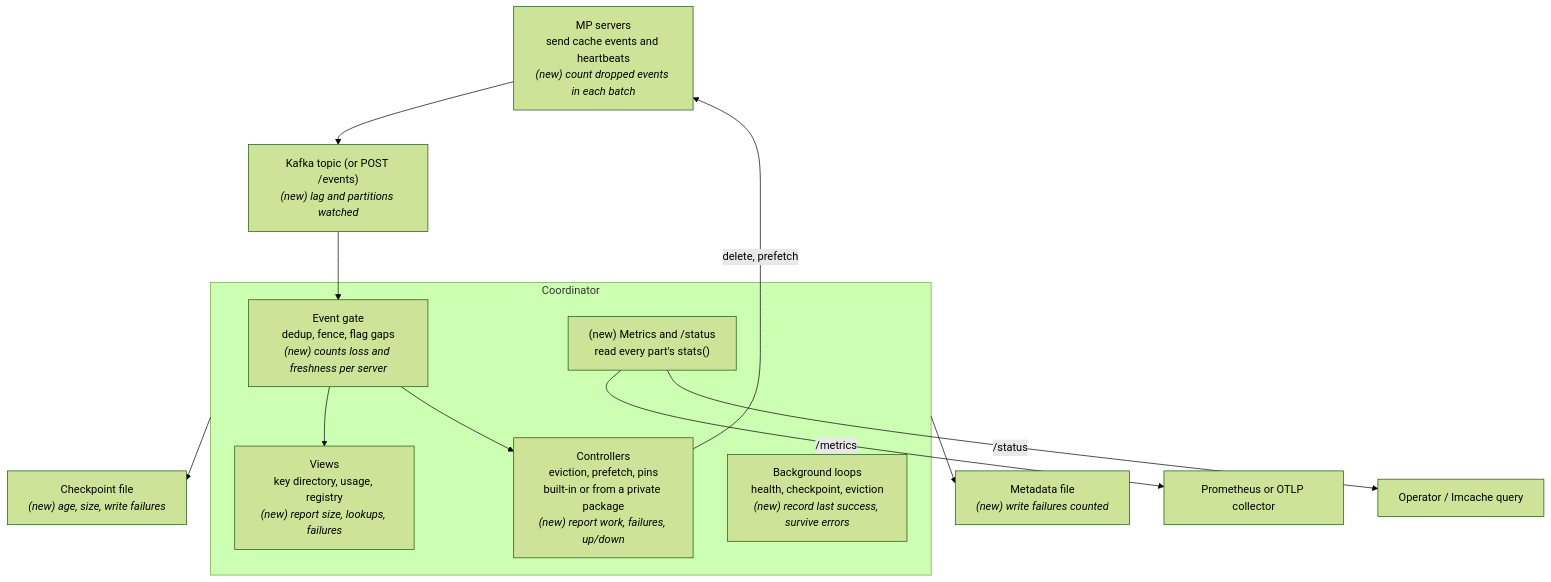
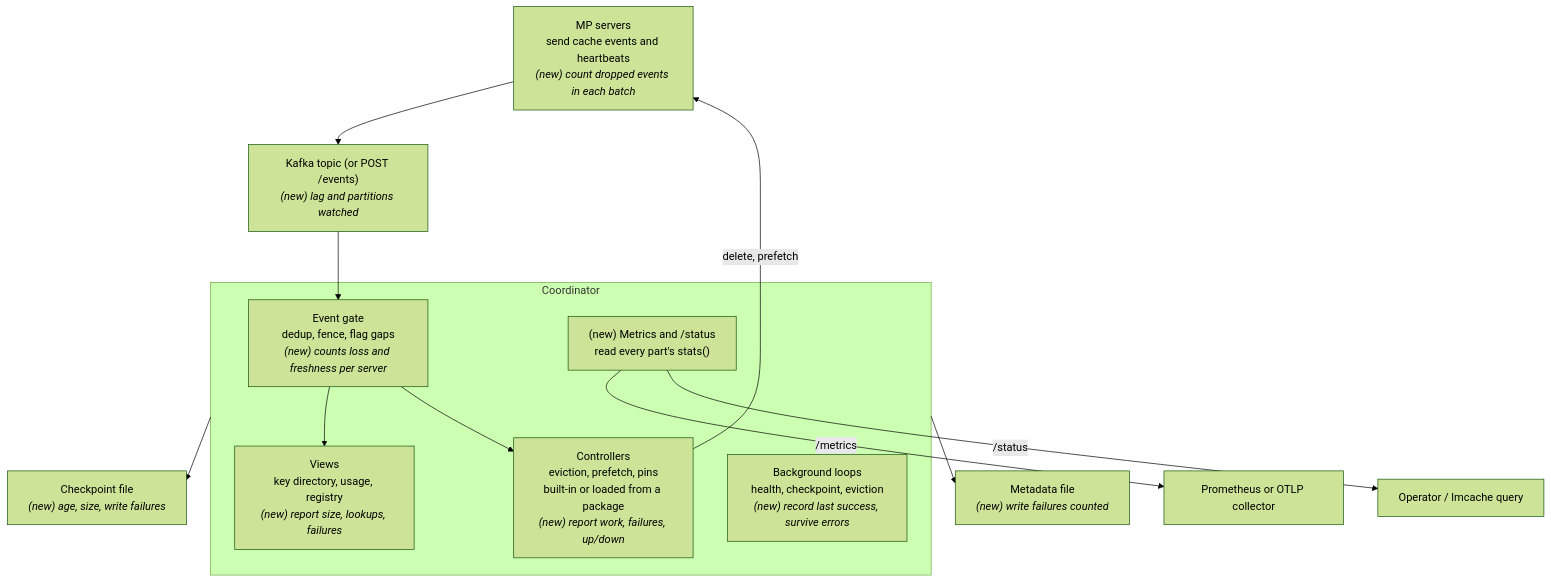
One commit to LMCache/LMCache changed the diagram in docs/design/v1/mp_coordinator/observability.md. Above: the diagram before and after it, drawn with Mermaid (forest theme). The commit also changed other lines of this file and 4 other files, not shown here.

````diff
--- a/docs/design/v1/mp_coordinator/observability.md
+++ b/docs/design/v1/mp_coordinator/observability.md
@@ -49,24 +49,24 @@
 ```mermaid
 flowchart TB
     MP["MP servers<br/>send cache events and heartbeats<br/><i>(new) count dropped events in each batch</i>"]
     T["Kafka topic (or POST /events)<br/><i>(new) lag and partitions watched</i>"]
     subgraph C["Coordinator"]
         G["Event gate<br/>dedup, fence, flag gaps<br/><i>(new) counts loss and freshness per server</i>"]
         V["Views<br/>key directory, usage, registry<br/><i>(new) report size, lookups, failures</i>"]
-        K["Controllers<br/>eviction, prefetch, pins<br/>built-in or from a private package<br/><i>(new) report work, failures, up/down</i>"]
+        K["Controllers<br/>eviction, prefetch, pins<br/>built-in or loaded from a package<br/><i>(new) report work, failures, up/down</i>"]
         L["Background loops<br/>health, checkpoint, eviction<br/><i>(new) record last success, survive errors</i>"]
         O["(new) Metrics and /status<br/>read every part's stats()"]
     end
     P["Prometheus or OTLP collector"]
     OP["Operator / lmcache query"]
     CK["Checkpoint file<br/><i>(new) age, size, write failures</i>"]
     MD["Metadata file<br/><i>(new) write failures counted</i>"]
     MP --> T --> G
     G --> V
     G --> K
     K -- "delete, prefetch" --> MP
     O -- "/metrics" --> P
     O -- "/status" --> OP
     C --> CK
     C --> MD
 ```
````
